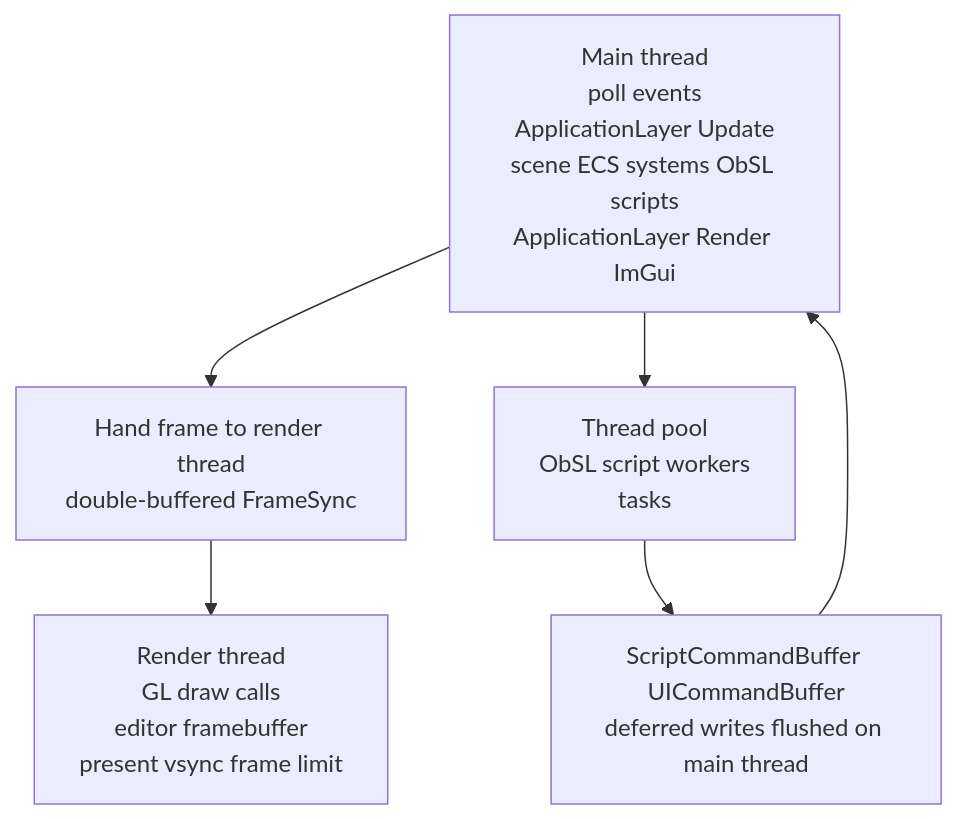
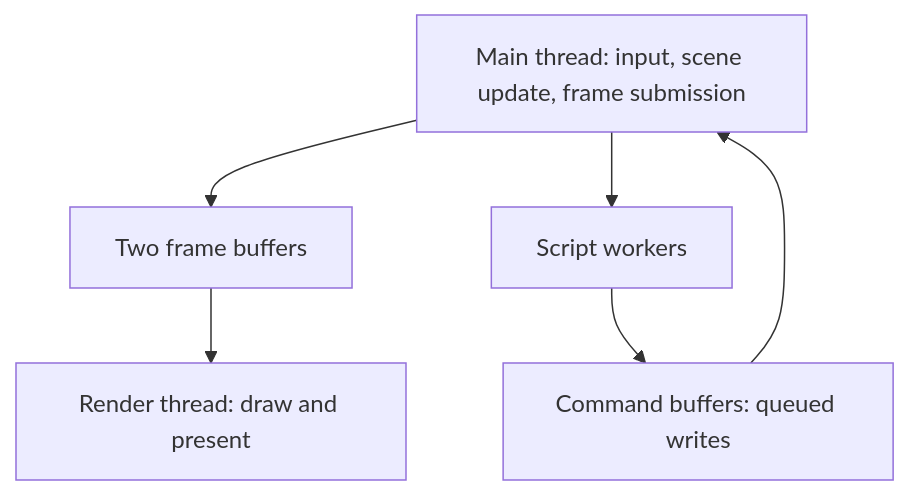
The diagram in docs/architecture.md (torkelicious/obliberry), drawn with Mermaid before and after one commit. The commit also changed other lines of this file and 15 other files, not shown here.

````diff
--- a/docs/architecture.md
+++ b/docs/architecture.md
@@ -37,8 +37,8 @@
 ```mermaid
 flowchart TD
-    A[Main thread<br/>poll events<br/>ApplicationLayer Update<br/>scene ECS systems ObSL scripts<br/>ApplicationLayer Render ImGui] --> B[Hand frame to render thread<br/>double-buffered FrameSync]
-    B --> C[Render thread<br/>GL draw calls<br/>editor framebuffer<br/>present vsync frame limit]
-    A --> D[Thread pool<br/>ObSL script workers<br/>tasks]
-    D --> E[ScriptCommandBuffer UICommandBuffer<br/>deferred writes flushed on main thread]
+    A["Main thread: input, scene update, frame submission"] --> B["Two frame buffers"]
+    B --> C["Render thread: draw and present"]
+    A --> D["Script workers"]
+    D --> E["Command buffers: queued writes"]
     E --> A
 ```
````
